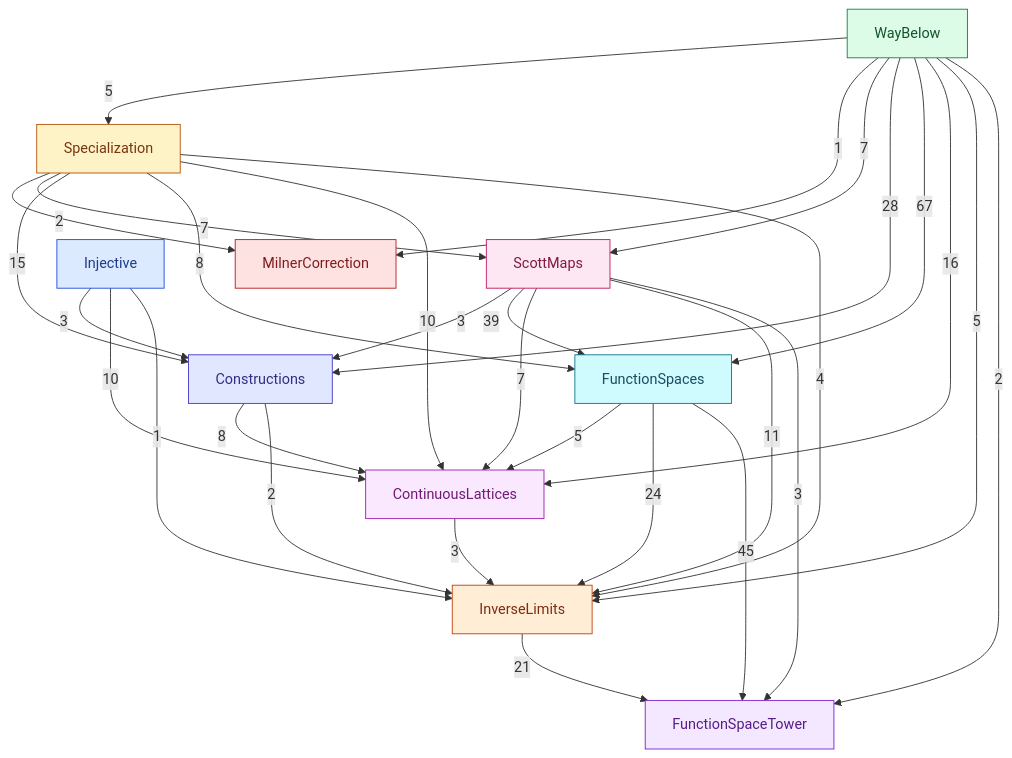
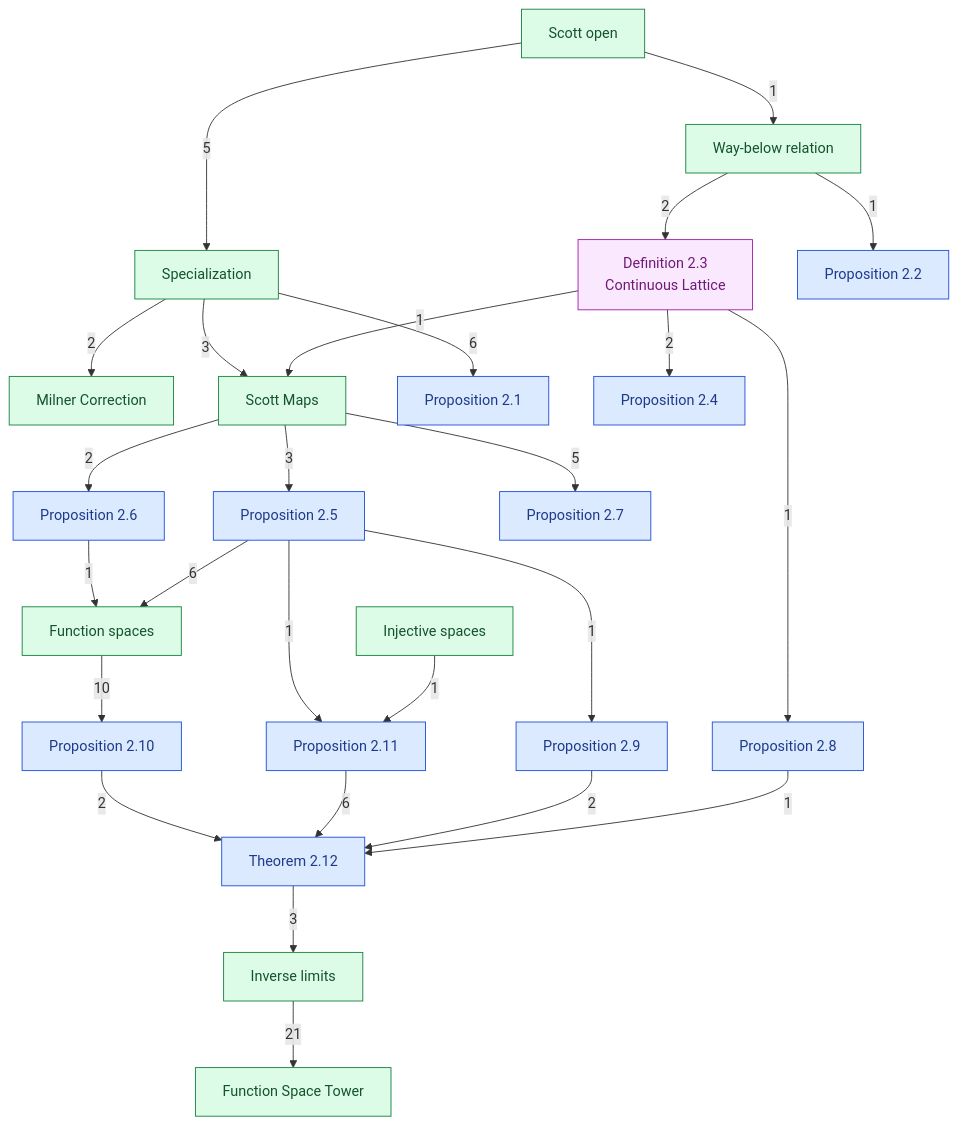
Before and after one commit to catskillsresearch/DomainTheory: the diagram in DomainTheory/1972_ContinuousLattices.mermaid, drawn with Mermaid. The commit also changed 101 other files, not shown here.

First line of the commit message:
Name the way-below facts, and draw the chapter as one topic map.

```diff
--- a/DomainTheory/1972_ContinuousLattices.mermaid
+++ b/DomainTheory/1972_ContinuousLattices.mermaid
@@ -1,66 +1,59 @@
-%% Each box is one folder under ContinuousLattice.
-%% The arrowhead points at the folder that imports. The label is how many direct imports.
-%% FunctionSpaces --> FunctionSpaceTower means the tower imports function spaces.
+%% Direct imports that are not implied by a longer path.
+%% The page displays 1972_ContinuousLattices.svg from this edge list.
+%% The arrowhead points at the item that imports. The label is how many direct imports.
+%% Propositions sit along the bottom.
 flowchart TB
-  FST["FunctionSpaceTower"]
-  IL["InverseLimits"]
-  CLAT["ContinuousLattices"]
-  FS["FunctionSpaces"]
-  CON["Constructions"]
-  SM["ScottMaps"]
-  INJ["Injective"]
-  MC["MilnerCorrection"]
+  SO["Scott open"]
+  INJ["Injective spaces"]
+  WB["Way-below relation"]
   SP["Specialization"]
-  WB["WayBelow"]
+  D23["Definition 2.3<br>Continuous Lattice"]
+  MC["Milner Correction"]
+  SM["Scott Maps"]
+  FS["Function spaces"]
+  IL["Inverse limits"]
+  FST["Function Space Tower"]
+  P21["Proposition 2.1"]
+  P22["Proposition 2.2"]
+  P24["Proposition 2.4"]
+  P25["Proposition 2.5"]
+  P26["Proposition 2.6"]
+  P27["Proposition 2.7"]
+  P28["Proposition 2.8"]
+  P29["Proposition 2.9"]
+  P210["Proposition 2.10"]
+  P211["Proposition 2.11"]
+  T212["Theorem 2.12"]
 
+  SO -->|"1"| WB
+  SO -->|"5"| SP
+  WB -->|"2"| D23
+  WB -->|"1"| P22
+  D23 -->|"1"| SM
+  D23 -->|"2"| P24
+  D23 -->|"1"| P28
+  SP -->|"3"| SM
+  SP -->|"2"| MC
+  SP -->|"6"| P21
+  SM -->|"3"| P25
+  SM -->|"2"| P26
+  SM -->|"5"| P27
+  INJ -->|"1"| P211
+  FS -->|"10"| P210
+  P25 -->|"6"| FS
+  P26 -->|"1"| FS
+  P25 -->|"1"| P29
+  P25 -->|"1"| P211
+  P28 -->|"1"| T212
+  P29 -->|"2"| T212
+  P211 -->|"6"| T212
+  P210 -->|"2"| T212
+  T212 -->|"3"| IL
   IL -->|"21"| FST
-  FS -->|"45"| FST
-  SM -->|"3"| FST
-  WB -->|"2"| FST
-  CLAT -->|"3"| IL
-  FS -->|"24"| IL
-  CON -->|"2"| IL
-  SM -->|"11"| IL
-  INJ -->|"1"| IL
-  SP -->|"4"| IL
-  WB -->|"5"| IL
-  FS -->|"5"| CLAT
-  CON -->|"8"| CLAT
-  INJ -->|"10"| CLAT
-  SM -->|"7"| CLAT
-  SP -->|"10"| CLAT
-  WB -->|"16"| CLAT
-  SM -->|"39"| FS
-  SP -->|"8"| FS
-  WB -->|"67"| FS
-  SM -->|"3"| CON
-  INJ -->|"3"| CON
-  SP -->|"15"| CON
-  WB -->|"28"| CON
-  SP -->|"7"| SM
-  WB -->|"7"| SM
-  SP -->|"2"| MC
-  WB -->|"1"| MC
-  WB -->|"5"| SP
 
-  classDef inj fill:#dbeafe,stroke:#1d4ed8,color:#1e3a8a
-  classDef wb fill:#dcfce7,stroke:#15803d,color:#14532d
-  classDef sp fill:#fef3c7,stroke:#b45309,color:#78350f
-  classDef sm fill:#fce7f3,stroke:#be185d,color:#831843
-  classDef mc fill:#fee2e2,stroke:#b91c1c,color:#7f1d1d
-  classDef con fill:#e0e7ff,stroke:#4338ca,color:#312e81
-  classDef fs fill:#cffafe,stroke:#0e7490,color:#164e63
-  classDef clat fill:#fae8ff,stroke:#a21caf,color:#701a75
-  classDef il fill:#ffedd5,stroke:#c2410c,color:#7c2d12
-  classDef fst fill:#f3e8ff,stroke:#7e22ce,color:#581c87
-
-  class INJ inj
-  class WB wb
-  class SP sp
-  class SM sm
-  class MC mc
-  class CON con
-  class FS fs
-  class CLAT clat
-  class IL il
-  class FST fst
+  classDef concept fill:#dcfce7,stroke:#15803d,color:#14532d
+  classDef numbered fill:#dbeafe,stroke:#1d4ed8,color:#1e3a8a
+  classDef both fill:#fae8ff,stroke:#a21caf,color:#701a75
+  class WB,SO,SP,SM,MC,INJ,FS,IL,FST concept
+  class P21,P22,P24,P25,P26,P27,P28,P29,P210,P211,T212 numbered
+  class D23 both
```
